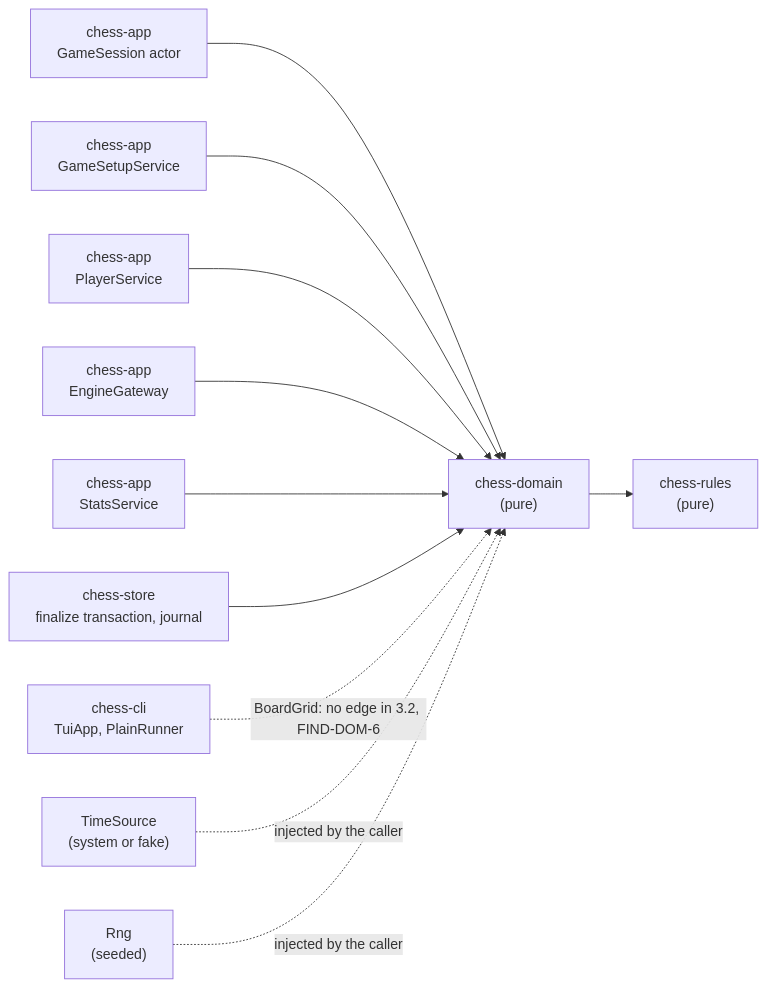
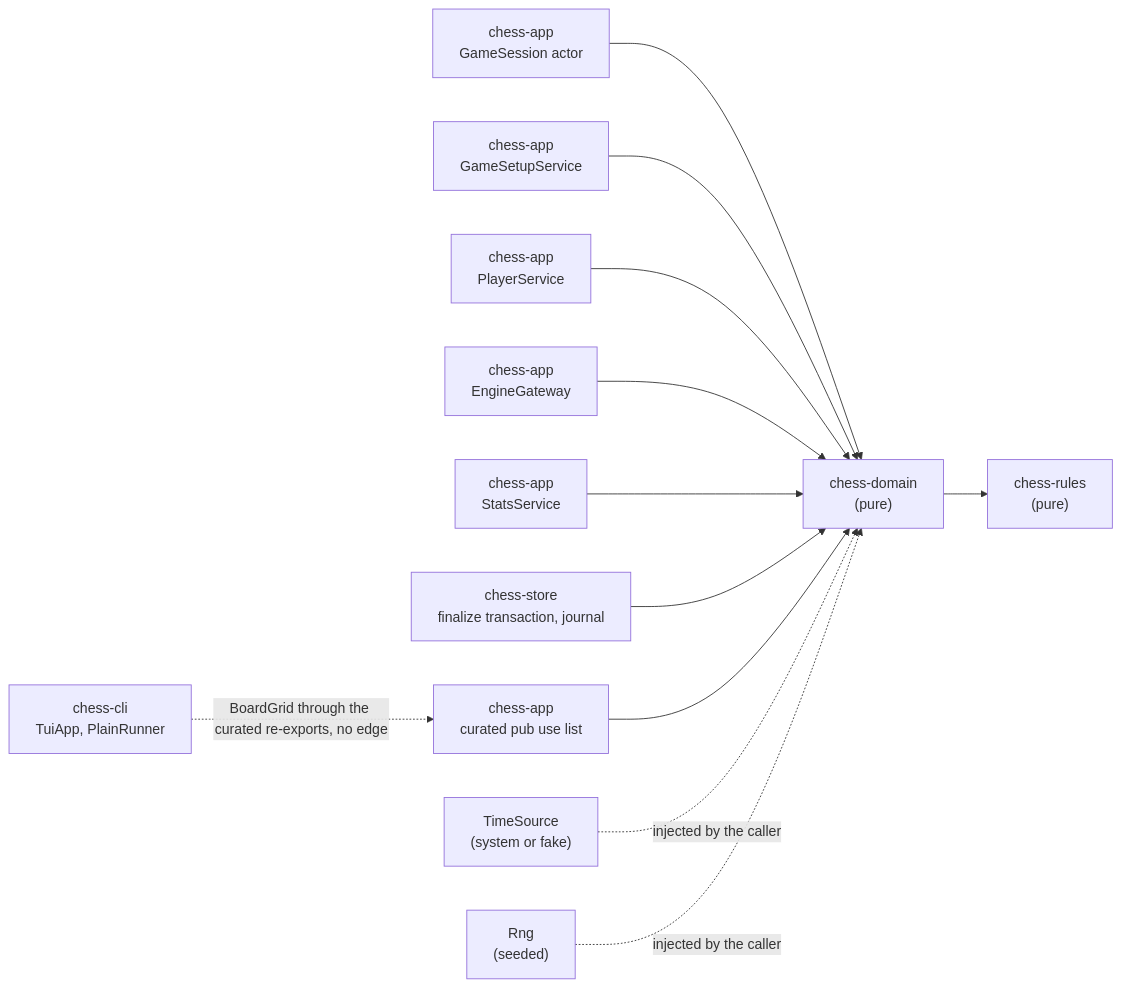
The first of 8 diagrams in docs/design/SDD-chess-domain.md (bprascher/chess), drawn with Mermaid before and after one commit. The commit also changed other lines of this file and 17 other files, not shown here.

First line of the commit message:
Apply architecture addendum B and C to the SDDs and add the v0.4 consistency pass

````diff
--- a/docs/design/SDD-chess-domain.md
+++ b/docs/design/SDD-chess-domain.md
@@ -100,25 +113,27 @@
 ```mermaid
 flowchart LR
     session["chess-app<br/>GameSession actor"]
     setupsvc["chess-app<br/>GameSetupService"]
     playersvc["chess-app<br/>PlayerService"]
     gateway["chess-app<br/>EngineGateway"]
     statssvc["chess-app<br/>StatsService"]
     store["chess-store<br/>finalize transaction, journal"]
     cli["chess-cli<br/>TuiApp, PlainRunner"]
+    facade["chess-app<br/>curated pub use list"]
     domain["chess-domain<br/>(pure)"]
     rules["chess-rules<br/>(pure)"]
     time["TimeSource<br/>(system or fake)"]
     rng["Rng<br/>(seeded)"]
 
     session --> domain
     setupsvc --> domain
     playersvc --> domain
     gateway --> domain
     statssvc --> domain
     store --> domain
-    cli -. "BoardGrid: no edge in 3.2, FIND-DOM-6" .-> domain
+    cli -. "BoardGrid through the curated re-exports, no edge" .-> facade
+    facade --> domain
     domain --> rules
     time -. "injected by the caller" .-> domain
     rng -. "injected by the caller" .-> domain
 ```
````
